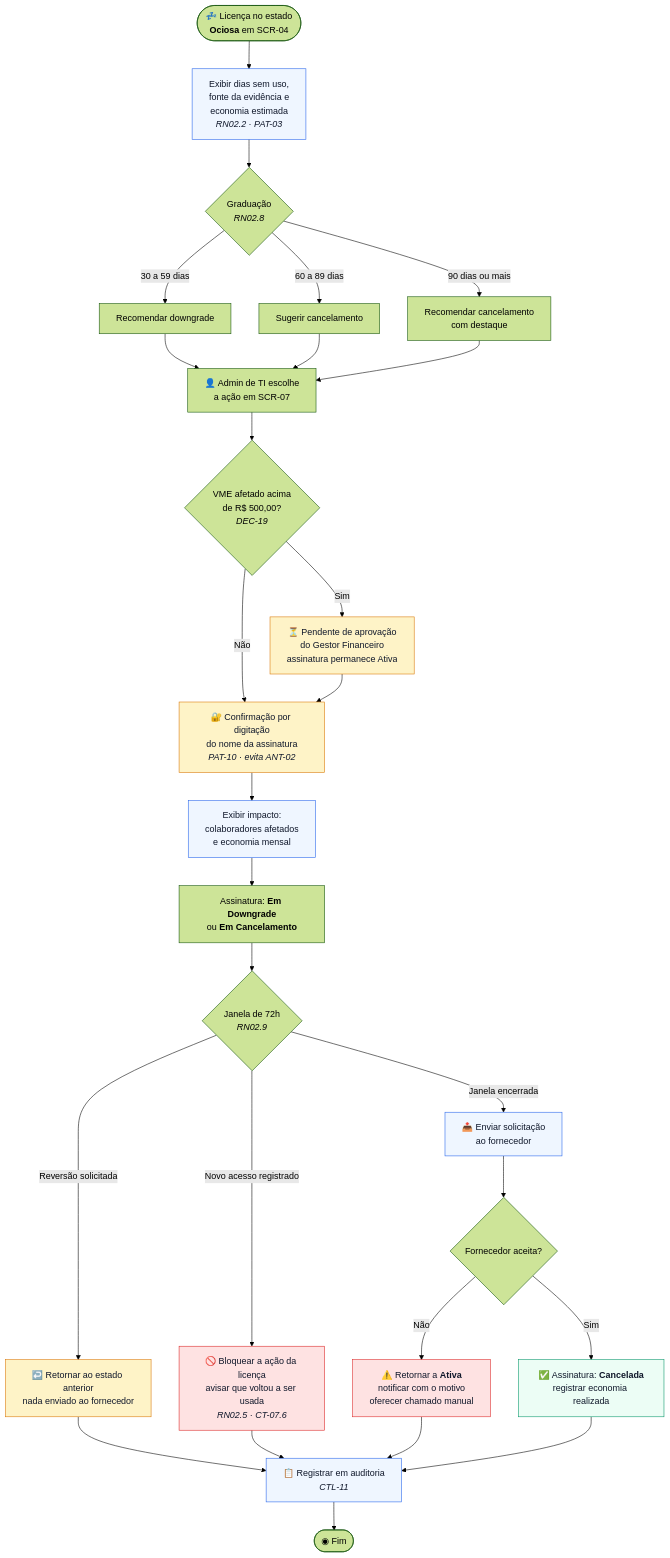
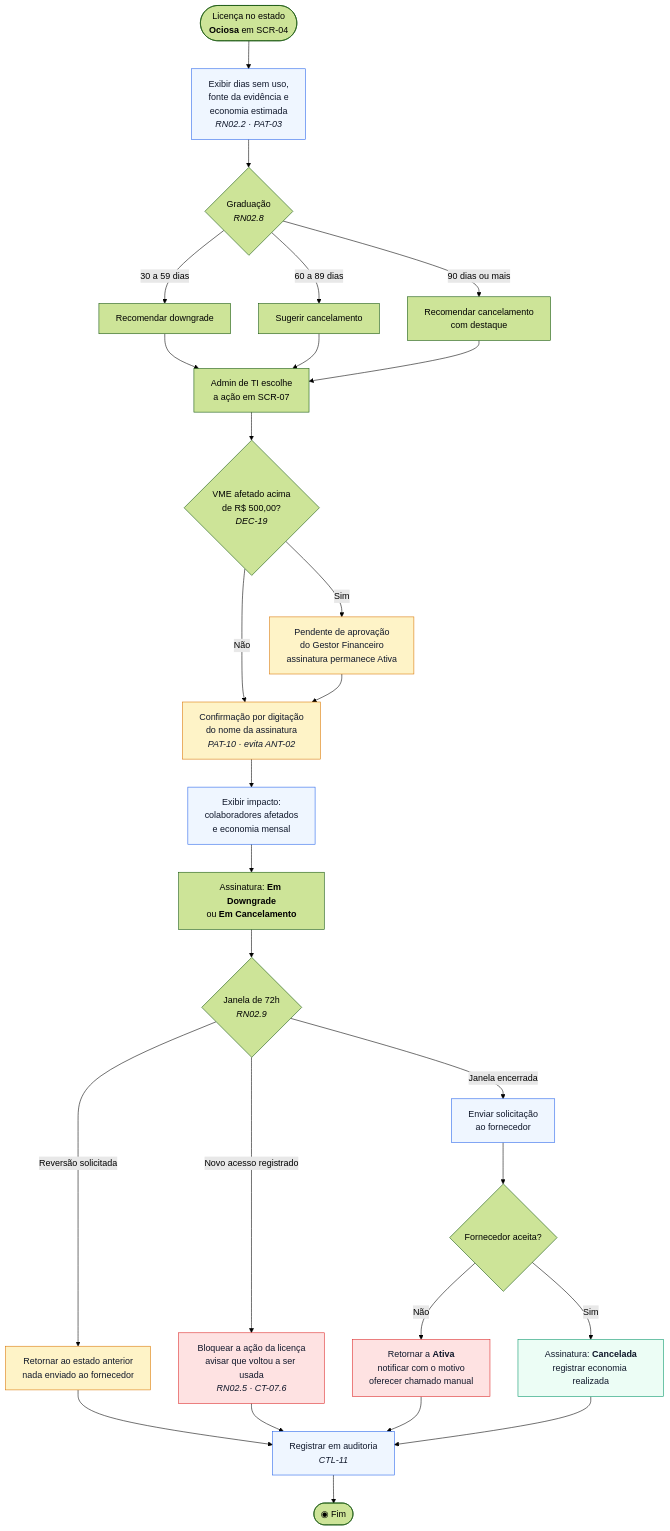
One commit to ES-2026-2/PS changed the third of 3 diagrams in semana-03/entregavel-03-personas-corporativas-user-flows-bloco-b.md. Above: the diagram before and after it, drawn with Mermaid (forest theme). The commit also changed other lines of this file and 24 other files, not shown here.

````diff
--- a/semana-03/entregavel-03-personas-corporativas-user-flows-bloco-b.md
+++ b/semana-03/entregavel-03-personas-corporativas-user-flows-bloco-b.md
@@ -346,46 +346,46 @@
 ```mermaid
 flowchart TD
-    A(["💤 Licença no estado<br/><b>Ociosa</b> em SCR-04"]) --> B["Exibir dias sem uso,<br/>fonte da evidência e<br/>economia estimada<br/><i>RN02.2 · PAT-03</i>"]
+    A(["Licença no estado<br/><b>Ociosa</b> em SCR-04"]) --> B["Exibir dias sem uso,<br/>fonte da evidência e<br/>economia estimada<br/><i>RN02.2 · PAT-03</i>"]
     B --> C{"Graduação<br/><i>RN02.8</i>"}
     C -->|"30 a 59 dias"| D1["Recomendar downgrade"]
     C -->|"60 a 89 dias"| D2["Sugerir cancelamento"]
     C -->|"90 dias ou mais"| D3["Recomendar cancelamento<br/>com destaque"]
 
     D1 --> E
     D2 --> E
     D3 --> E
-    E["👤 Admin de TI escolhe<br/>a ação em SCR-07"]
+    E["Admin de TI escolhe<br/>a ação em SCR-07"]
 
     E --> F{"VME afetado acima<br/>de R$ 500,00?<br/><i>DEC-19</i>"}
-    F -->|"Sim"| G["⏳ Pendente de aprovação<br/>do Gestor Financeiro<br/>assinatura permanece Ativa"]
+    F -->|"Sim"| G["Pendente de aprovação<br/>do Gestor Financeiro<br/>assinatura permanece Ativa"]
     F -->|"Não"| H
     G --> H
 
-    H["🔐 Confirmação por digitação<br/>do nome da assinatura<br/><i>PAT-10 · evita ANT-02</i>"]
+    H["Confirmação por digitação<br/>do nome da assinatura<br/><i>PAT-10 · evita ANT-02</i>"]
     H --> I["Exibir impacto:<br/>colaboradores afetados<br/>e economia mensal"]
     I --> J["Assinatura: <b>Em Downgrade</b><br/>ou <b>Em Cancelamento</b>"]
 
     J --> K{"Janela de 72h<br/><i>RN02.9</i>"}
-    K -->|"Reversão solicitada"| L["↩️ Retornar ao estado anterior<br/>nada enviado ao fornecedor"]
-    K -->|"Novo acesso registrado"| M["🚫 Bloquear a ação da licença<br/>avisar que voltou a ser usada<br/><i>RN02.5 · CT-07.6</i>"]
-    K -->|"Janela encerrada"| N["📤 Enviar solicitação<br/>ao fornecedor"]
+    K -->|"Reversão solicitada"| L["Retornar ao estado anterior<br/>nada enviado ao fornecedor"]
+    K -->|"Novo acesso registrado"| M["Bloquear a ação da licença<br/>avisar que voltou a ser usada<br/><i>RN02.5 · CT-07.6</i>"]
+    K -->|"Janela encerrada"| N["Enviar solicitação<br/>ao fornecedor"]
 
     N --> O{"Fornecedor aceita?"}
-    O -->|"Não"| P["⚠️ Retornar a <b>Ativa</b><br/>notificar com o motivo<br/>oferecer chamado manual"]
-    O -->|"Sim"| Q["✅ Assinatura: <b>Cancelada</b><br/>registrar economia realizada"]
+    O -->|"Não"| P["Retornar a <b>Ativa</b><br/>notificar com o motivo<br/>oferecer chamado manual"]
+    O -->|"Sim"| Q["Assinatura: <b>Cancelada</b><br/>registrar economia realizada"]
 
-    L --> R["📋 Registrar em auditoria<br/><i>CTL-11</i>"]
+    L --> R["Registrar em auditoria<br/><i>CTL-11</i>"]
     M --> R
     P --> R
     Q --> R
     R --> S(["◉ Fim"])
 
     classDef sis fill:#EFF6FF,stroke:#2563EB,color:#0F172A
     classDef alerta fill:#FEF3C7,stroke:#D97706,color:#0F172A
     classDef ok fill:#ECFDF5,stroke:#059669,color:#0F172A
     classDef bloq fill:#FEE2E2,stroke:#DC2626,color:#0F172A
     class B,I,R,N sis
     class G,H,L alerta
     class Q ok
     class M,P bloq
 ```
````
